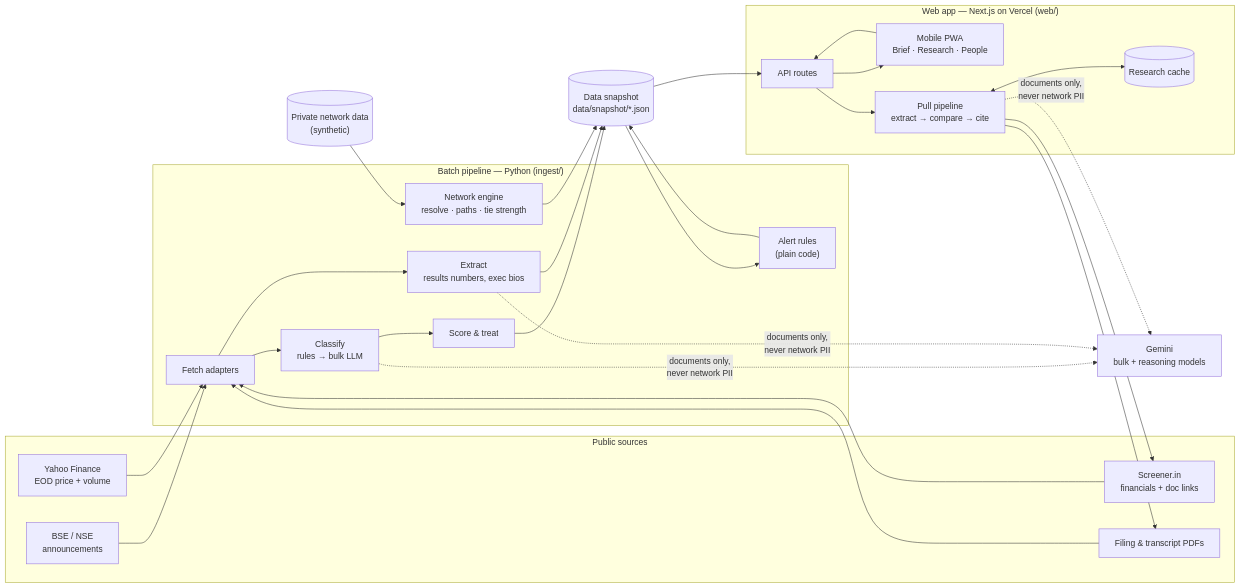
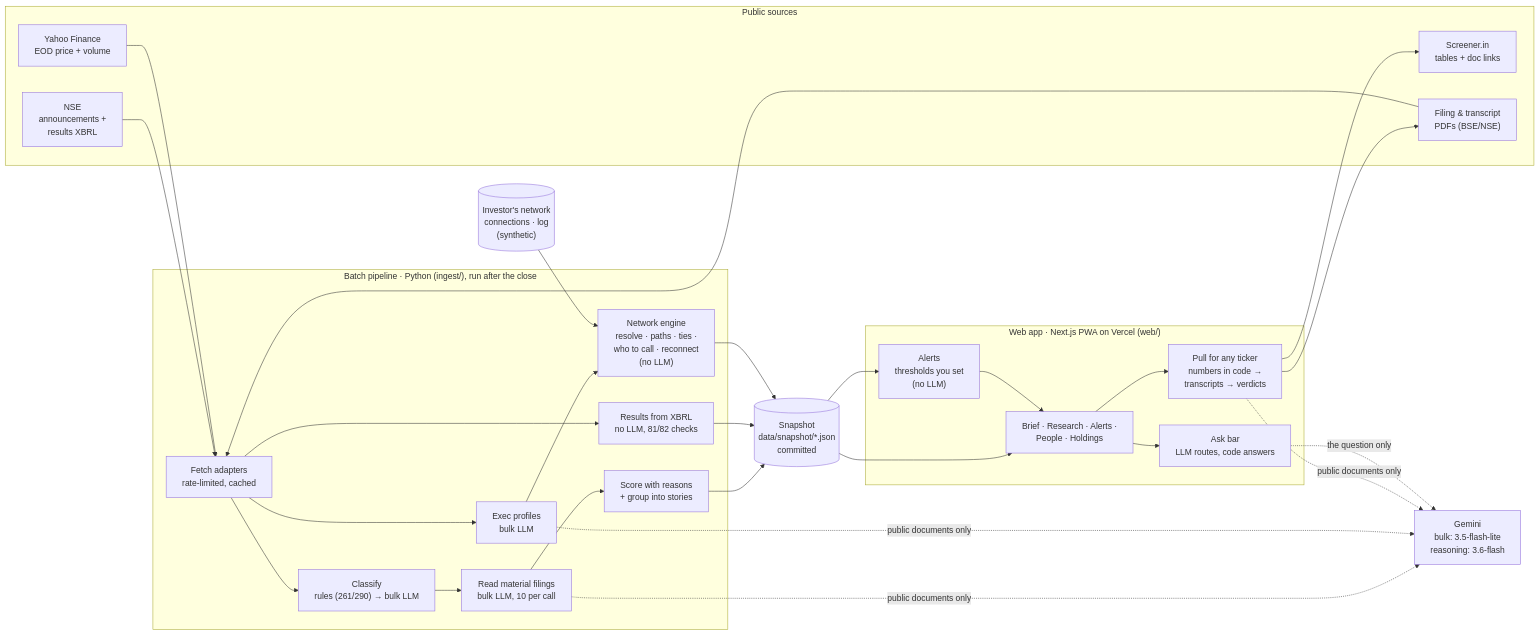
The first of 2 diagrams in docs/architecture.md (RudranshVerma23/FINN), drawn with Mermaid before and after one commit. The commit also changed other lines of this file, not shown here.

Commit message:
T15.2 docs: architecture as built - diagram, components, model routing, privacy, cloud [NFR-05, NFR-09]

````diff
--- a/docs/architecture.md
+++ b/docs/architecture.md
@@ -12,40 +12,42 @@
 ```mermaid
 flowchart LR
   subgraph Sources["Public sources"]
-    BSE["BSE / NSE<br/>announcements"]
+    NSE["NSE<br/>announcements +<br/>results XBRL"]
     YF["Yahoo Finance<br/>EOD price + volume"]
-    SCR["Screener.in<br/>financials + doc links"]
-    PDF["Filing & transcript PDFs"]
+    SCR["Screener.in<br/>tables + doc links"]
+    PDF["Filing & transcript<br/>PDFs (BSE/NSE)"]
   end
 
-  subgraph Batch["Batch pipeline — Python (ingest/)"]
-    FETCH["Fetch adapters"]
-    CLS["Classify<br/>rules → bulk LLM"]
-    SCORE["Score & treat"]
-    EXT["Extract<br/>results numbers, exec bios"]
-    NET["Network engine<br/>resolve · paths · tie strength"]
-    ALERT["Alert rules<br/>(plain code)"]
+  subgraph Batch["Batch pipeline · Python (ingest/), run after the close"]
+    FETCH["Fetch adapters<br/>rate-limited, cached"]
+    CLS["Classify<br/>rules (261/290) → bulk LLM"]
+    READ["Read material filings<br/>bulk LLM, 10 per call"]
+    SCORE["Score with reasons<br/>+ group into stories"]
+    XBRL["Results from XBRL<br/>no LLM, 81/82 checks"]
+    PPL["Exec profiles<br/>bulk LLM"]
+    NET["Network engine<br/>resolve · paths · ties ·<br/>who to call · reconnect<br/>(no LLM)"]
   end
 
-  SNAP[("Data snapshot<br/>data/snapshot/*.json")]
-  NETDATA[("Private network data<br/>(synthetic)")]
+  SNAP[("Snapshot<br/>data/snapshot/*.json<br/>committed")]
+  NETDATA[("Investor's network<br/>connections · log<br/>(synthetic)")]
 
-  subgraph App["Web app — Next.js on Vercel (web/)"]
-    UI["Mobile PWA<br/>Brief · Research · People"]
-    API["API routes"]
-    PULL["Pull pipeline<br/>extract → compare → cite"]
-    CACHE[("Research cache")]
+  subgraph App["Web app · Next.js PWA on Vercel (web/)"]
+    UI["Brief · Research · Alerts ·<br/>People · Holdings"]
+    ALERT["Alerts<br/>thresholds you set<br/>(no LLM)"]
+    PULL["Pull for any ticker<br/>numbers in code →<br/>transcripts → verdicts"]
+    ASK["Ask bar<br/>LLM routes, code answers"]
   end
 
-  GEM["Gemini<br/>bulk + reasoning models"]
+  GEM["Gemini<br/>bulk: 3.5-flash-lite<br/>reasoning: 3.6-flash"]
 
-  BSE & YF & SCR & PDF --> FETCH --> CLS --> SCORE --> SNAP
-  FETCH --> EXT --> SNAP
+  NSE & YF & PDF --> FETCH --> CLS --> READ --> SCORE --> SNAP
+  FETCH --> XBRL --> SNAP
+  FETCH --> PPL --> NET
   NETDATA --> NET --> SNAP
-  SNAP --> ALERT --> SNAP
-  SNAP --> API --> UI
-  UI --> API --> PULL
-  PULL --> SCR & PDF
-  PULL <--> CACHE
-  CLS & EXT & PULL -. "documents only,<br/>never network PII" .-> GEM
+  SNAP --> UI
+  SNAP --> ALERT --> UI
+  UI --> PULL --> SCR & PDF
+  UI --> ASK
+  READ & PPL & PULL -. "public documents only" .-> GEM
+  ASK -. "the question only" .-> GEM
 ```
````
